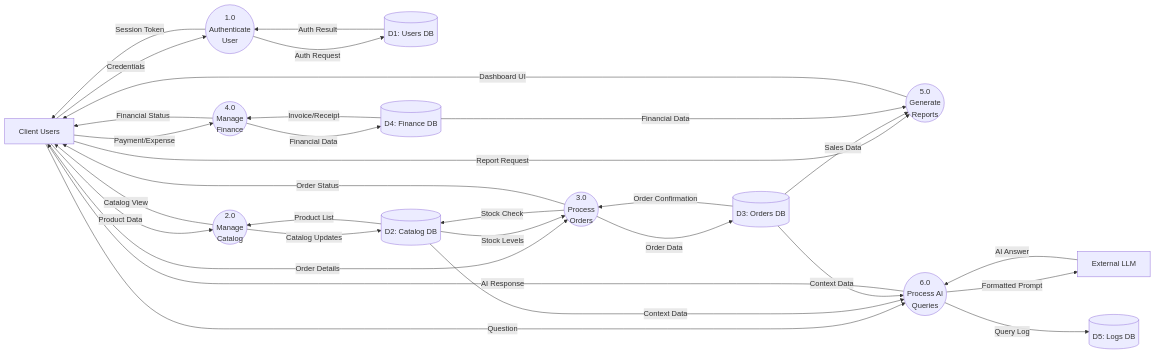
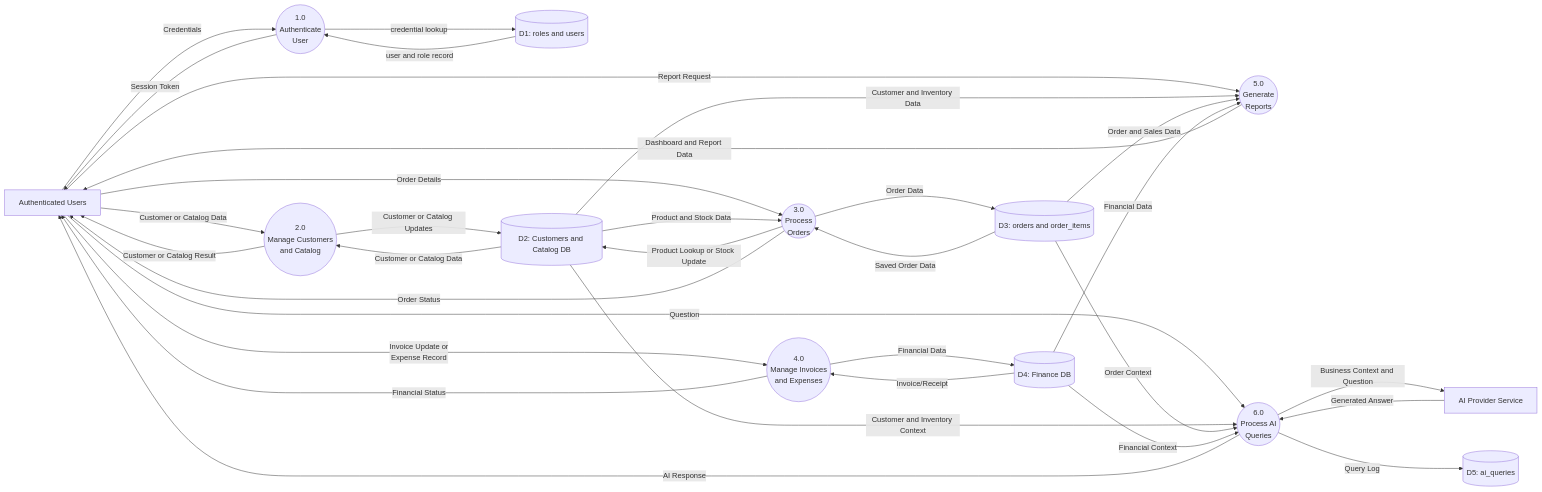
Before and after one commit to hyperS777/BizAI: the diagram in docs/design-diagrams/04-dfd-level1.mmd, drawn with Mermaid. The commit also changed 35 other files, not shown here.

```diff
--- a/docs/design-diagrams/04-dfd-level1.mmd
+++ b/docs/design-diagrams/04-dfd-level1.mmd
@@ -1,56 +1,58 @@
 %%{init: {'flowchart': {'nodeSpacing': 80, 'rankSpacing': 150}}}%%
 flowchart LR
     %% External Entities
-    CLIENT["Client Users"]
-    LLM["External LLM"]
+    CLIENT["Authenticated Users"]
+    AI_PROVIDER["AI Provider Service"]
 
     %% Data Stores (Cylinders/Open Rectangles)
-    D1[("D1: Users DB")]
-    D2[("D2: Catalog DB")]
-    D3[("D3: Orders DB")]
+    D1[("D1: roles and users")]
+    D2[("D2: Customers and Catalog DB")]
+    D3[("D3: orders and order_items")]
     D4[("D4: Finance DB")]
-    D5[("D5: Logs DB")]
+    D5[("D5: ai_queries")]
 
     %% Processes (Circles)
     P1(("1.0\nAuthenticate\nUser"))
-    P2(("2.0\nManage\nCatalog"))
+    P2(("2.0\nManage Customers\nand Catalog"))
     P3(("3.0\nProcess\nOrders"))
-    P4(("4.0\nManage\nFinance"))
+    P4(("4.0\nManage Invoices\nand Expenses"))
     P5(("5.0\nGenerate\nReports"))
     P6(("6.0\nProcess AI\nQueries"))
 
     %% Flows
     CLIENT -- "Credentials" --> P1
-    P1 -- "Auth Request" --> D1
-    D1 -- "Auth Result" --> P1
+    P1 -- "credential lookup" --> D1
+    D1 -- "user and role record" --> P1
     P1 -- "Session Token" --> CLIENT
 
-    CLIENT -- "Product Data" --> P2
-    P2 -- "Catalog Updates" --> D2
-    D2 -- "Product List" --> P2
-    P2 -- "Catalog View" --> CLIENT
+    CLIENT -- "Customer or Catalog Data" --> P2
+    P2 -- "Customer or Catalog Updates" --> D2
+    D2 -- "Customer or Catalog Data" --> P2
+    P2 -- "Customer or Catalog Result" --> CLIENT
 
     CLIENT -- "Order Details" --> P3
-    P3 -- "Stock Check" --> D2
-    D2 -- "Stock Levels" --> P3
+    P3 -- "Product Lookup or Stock Update" --> D2
+    D2 -- "Product and Stock Data" --> P3
     P3 -- "Order Data" --> D3
-    D3 -- "Order Confirmation" --> P3
+    D3 -- "Saved Order Data" --> P3
     P3 -- "Order Status" --> CLIENT
 
-    CLIENT -- "Payment/Expense" --> P4
+    CLIENT -- "Invoice Update or\nExpense Record" --> P4
     P4 -- "Financial Data" --> D4
     D4 -- "Invoice/Receipt" --> P4
     P4 -- "Financial Status" --> CLIENT
 
     CLIENT -- "Report Request" --> P5
-    D3 -- "Sales Data" --> P5
+    D2 -- "Customer and Inventory Data" --> P5
+    D3 -- "Order and Sales Data" --> P5
     D4 -- "Financial Data" --> P5
-    P5 -- "Dashboard UI" --> CLIENT
+    P5 -- "Dashboard and Report Data" --> CLIENT
 
     CLIENT -- "Question" --> P6
-    D2 -- "Context Data" --> P6
-    D3 -- "Context Data" --> P6
-    P6 -- "Formatted Prompt" --> LLM
-    LLM -- "AI Answer" --> P6
+    D2 -- "Customer and Inventory Context" --> P6
+    D3 -- "Order Context" --> P6
+    D4 -- "Financial Context" --> P6
+    P6 -- "Business Context and Question" --> AI_PROVIDER
+    AI_PROVIDER -- "Generated Answer" --> P6
     P6 -- "Query Log" --> D5
     P6 -- "AI Response" --> CLIENT
```
